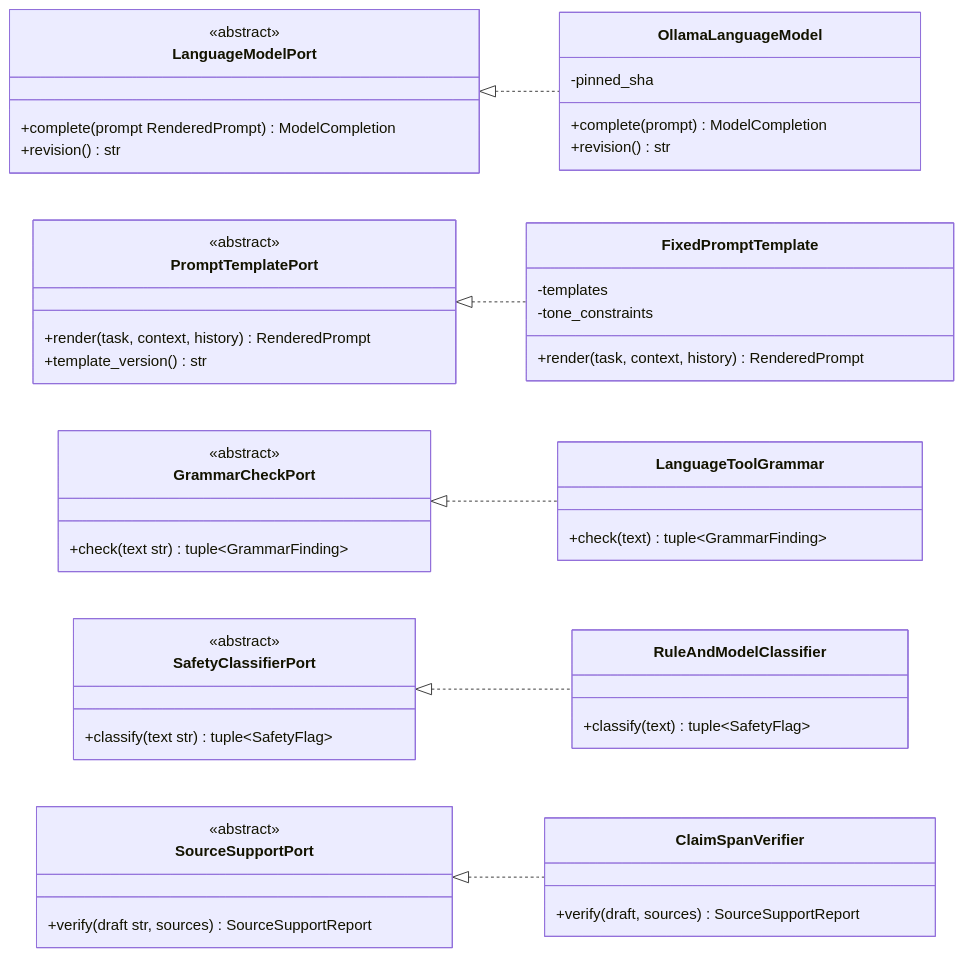
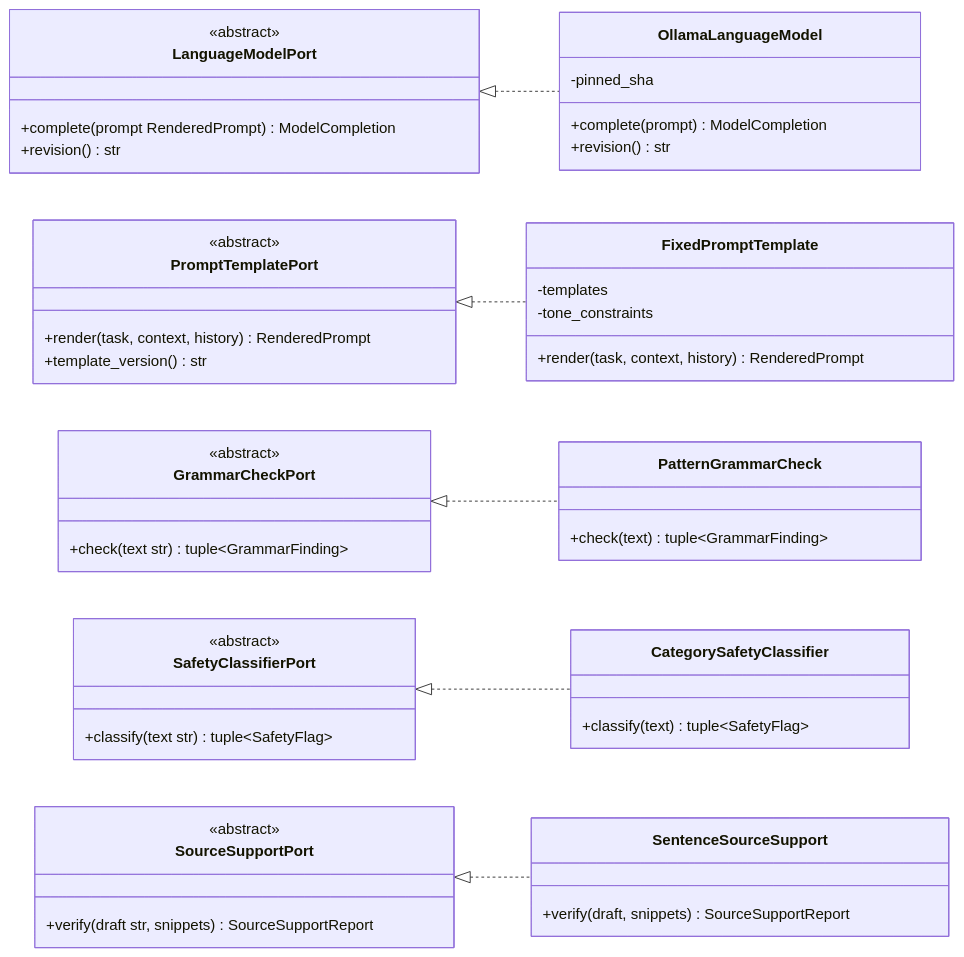
The fourth of 11 diagrams in docs/architecture/ARCHITECTURE.md (basiliofarach/two-agent-orchestration-language-learning), drawn with Mermaid before and after one commit. The commit also changed other lines of this file and 101 other files, not shown here.

First line of the commit message:
(BAS-20, BAS-19, BAS-18, BAS-17, BAS-16, BAS-15): implement conduct turn and LangGraph turn graph so endpoint goes through all gates (#6)

````diff
--- a/docs/architecture/ARCHITECTURE.md
+++ b/docs/architecture/ARCHITECTURE.md
@@ -252,53 +263,53 @@
 ```mermaid
 classDiagram
     direction LR
 
     class LanguageModelPort {
         <<abstract>>
         +complete(prompt RenderedPrompt) ModelCompletion
         +revision() str
     }
     class PromptTemplatePort {
         <<abstract>>
         +render(task, context, history) RenderedPrompt
         +template_version() str
     }
     class GrammarCheckPort {
         <<abstract>>
         +check(text str) tuple~GrammarFinding~
     }
     class SafetyClassifierPort {
         <<abstract>>
         +classify(text str) tuple~SafetyFlag~
     }
     class SourceSupportPort {
         <<abstract>>
-        +verify(draft str, sources) SourceSupportReport
+        +verify(draft str, snippets) SourceSupportReport
     }
 
     class OllamaLanguageModel {
         -pinned_sha
         +complete(prompt) ModelCompletion
         +revision() str
     }
     class FixedPromptTemplate {
         -templates
         -tone_constraints
         +render(task, context, history) RenderedPrompt
     }
-    class LanguageToolGrammar {
+    class PatternGrammarCheck {
         +check(text) tuple~GrammarFinding~
     }
-    class RuleAndModelClassifier {
+    class CategorySafetyClassifier {
         +classify(text) tuple~SafetyFlag~
     }
-    class ClaimSpanVerifier {
-        +verify(draft, sources) SourceSupportReport
+    class SentenceSourceSupport {
+        +verify(draft, snippets) SourceSupportReport
     }
 
     LanguageModelPort <|.. OllamaLanguageModel
     PromptTemplatePort <|.. FixedPromptTemplate
-    GrammarCheckPort <|.. LanguageToolGrammar
-    SafetyClassifierPort <|.. RuleAndModelClassifier
-    SourceSupportPort <|.. ClaimSpanVerifier
+    GrammarCheckPort <|.. PatternGrammarCheck
+    SafetyClassifierPort <|.. CategorySafetyClassifier
+    SourceSupportPort <|.. SentenceSourceSupport
 ```
````
